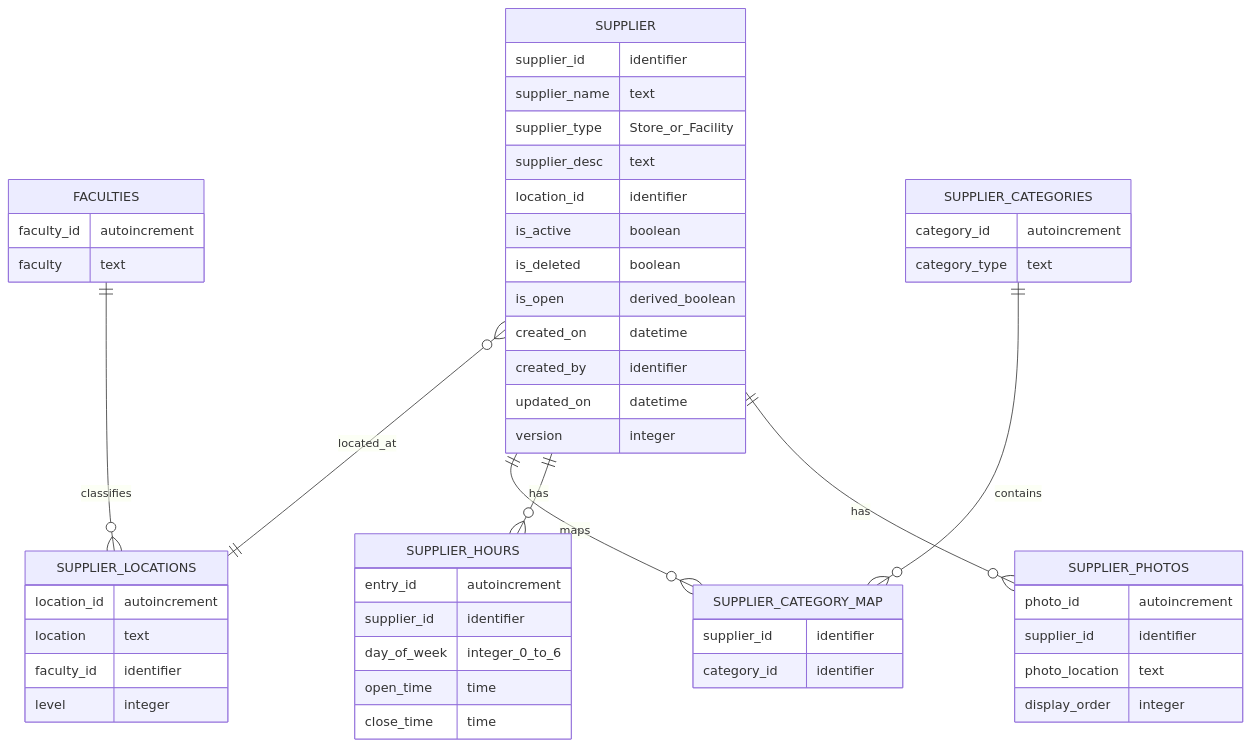
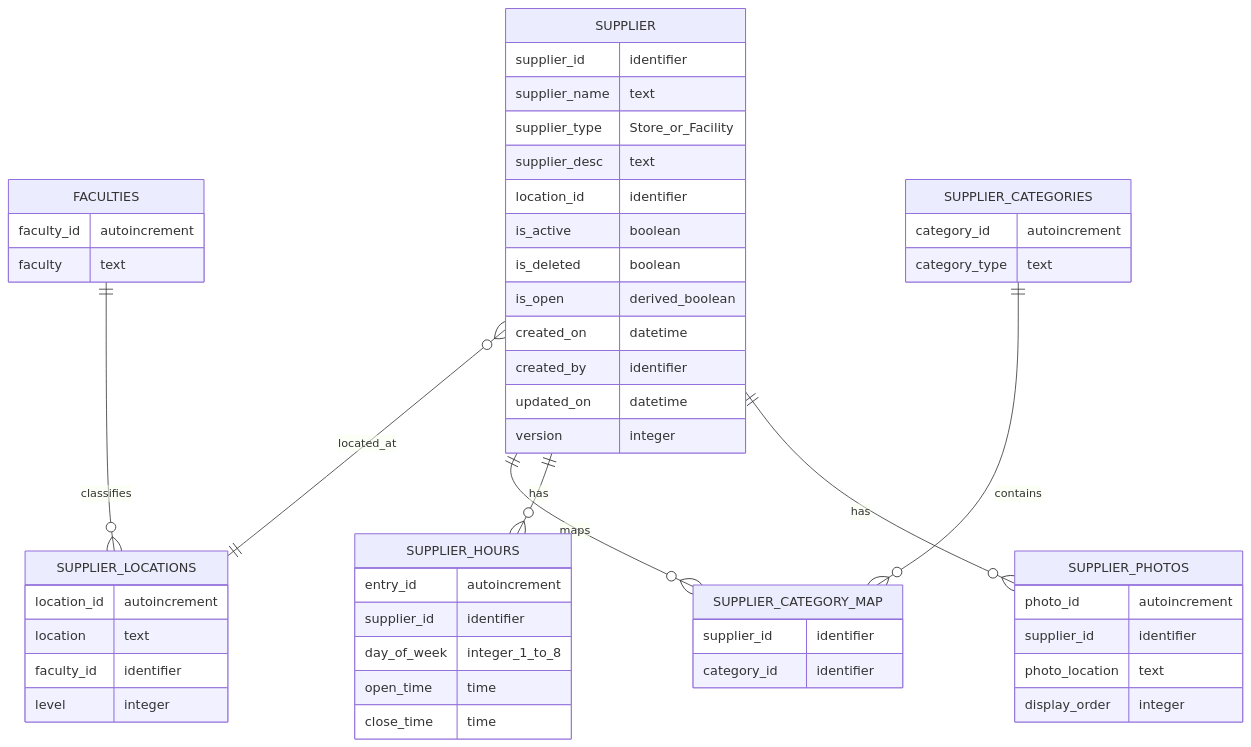
Before and after one commit to AY2627S1-CS3219-P18/FoC: the fourth of 9 diagrams in supplier-service/SupplierServiceArchitecture.md, drawn with Mermaid. The commit also changed other lines of this file and 9 other files, not shown here.

````diff
--- a/supplier-service/SupplierServiceArchitecture.md
+++ b/supplier-service/SupplierServiceArchitecture.md
@@ -206,61 +236,61 @@
 ```mermaid
 erDiagram
     SUPPLIER {
         supplier_id identifier
         supplier_name text
         supplier_type Store_or_Facility
         supplier_desc text
         location_id identifier
         is_active boolean
         is_deleted boolean
         is_open derived_boolean
         created_on datetime
         created_by identifier
         updated_on datetime
         version integer
     }
 
     SUPPLIER_LOCATIONS {
         location_id autoincrement
         location text
         faculty_id identifier
         level integer
     }
 
     FACULTIES {
         faculty_id autoincrement
         faculty text
     }
 
     SUPPLIER_CATEGORIES {
         category_id autoincrement
         category_type text
     }
 
     SUPPLIER_CATEGORY_MAP {
         supplier_id identifier
         category_id identifier
     }
 
     SUPPLIER_HOURS {
         entry_id autoincrement
         supplier_id identifier
-        day_of_week integer_0_to_6
+        day_of_week integer_1_to_8
         open_time time
         close_time time
     }
 
     SUPPLIER_PHOTOS {
         photo_id autoincrement
         supplier_id identifier
         photo_location text
         display_order integer
     }
 
     SUPPLIER }o--|| SUPPLIER_LOCATIONS : located_at
     FACULTIES ||--o{ SUPPLIER_LOCATIONS : classifies
     SUPPLIER ||--o{ SUPPLIER_CATEGORY_MAP : maps
     SUPPLIER_CATEGORIES ||--o{ SUPPLIER_CATEGORY_MAP : contains
     SUPPLIER ||--o{ SUPPLIER_HOURS : has
     SUPPLIER ||--o{ SUPPLIER_PHOTOS : has
 ```
````
